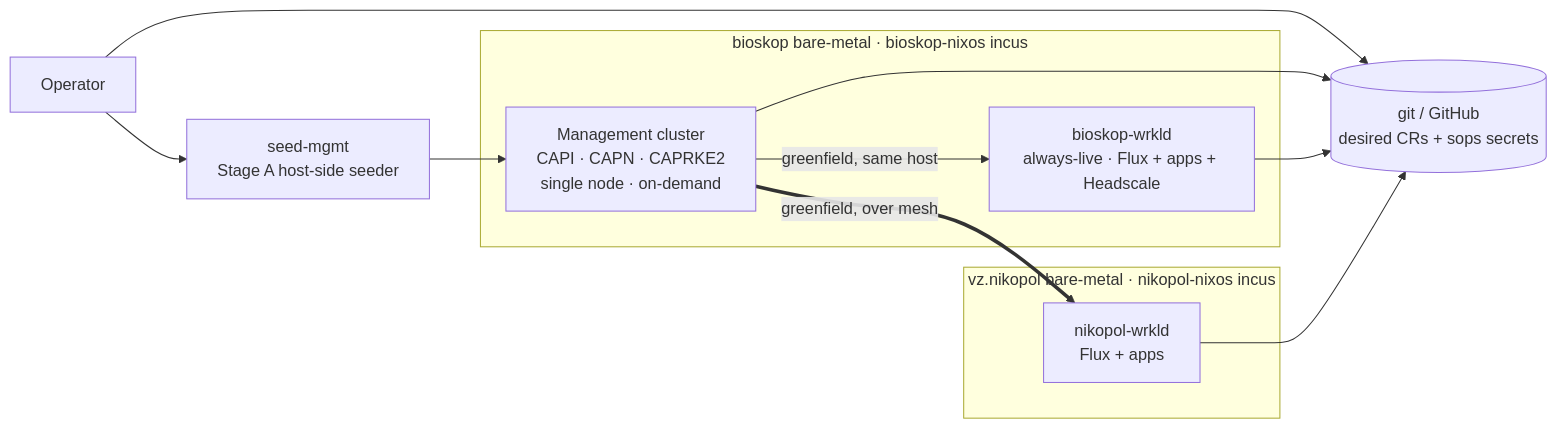
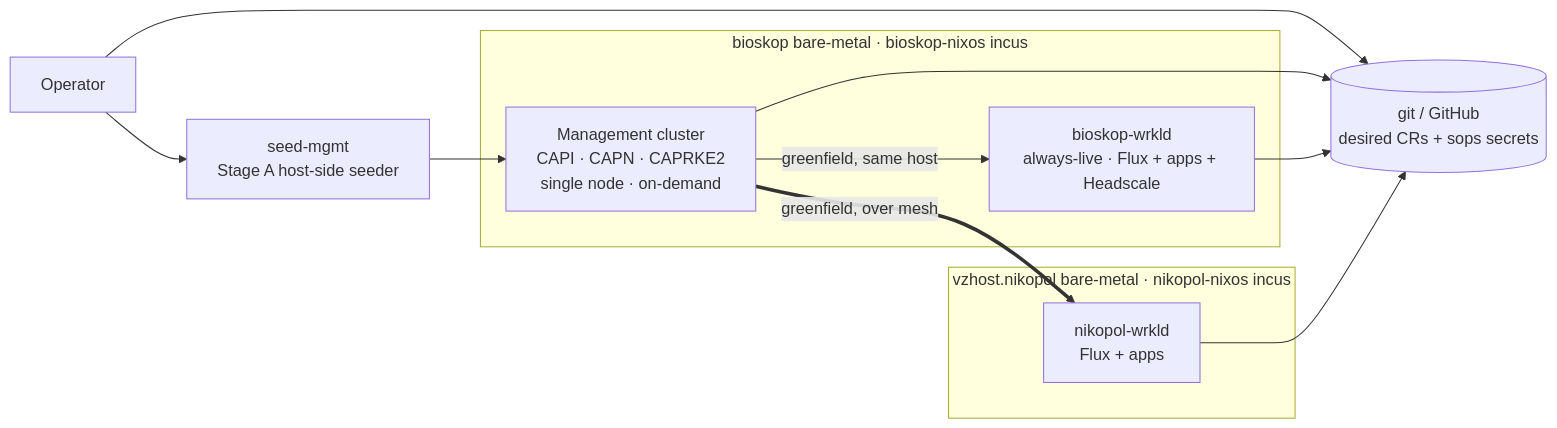
The first of 3 diagrams in docs/architecture/cluster-api/post-bootstrap-in-cluster-ownership-plan.adoc (nxmatic/rke2lab), drawn with Mermaid before and after one commit. The commit also changed 9 other files, not shown here.

```diff
--- a/docs/architecture/cluster-api/post-bootstrap-in-cluster-ownership-plan.adoc
+++ b/docs/architecture/cluster-api/post-bootstrap-in-cluster-ownership-plan.adoc
@@ -139,24 +139,24 @@
 [mermaid,post-bootstrap-ownership-context,svg]
 ----
 flowchart LR
     operator[Operator]
     git[(git / GitHub<br/>desired CRs + sops secrets)]
     seedmgmt[seed-mgmt<br/>Stage A host-side seeder]
 
     subgraph BM1[bioskop bare-metal · bioskop-nixos incus]
         mgmt[Management cluster<br/>CAPI · CAPN · CAPRKE2<br/>single node · on-demand]
         bwrkld[bioskop-wrkld<br/>always-live · Flux + apps + Headscale]
     end
-    subgraph BM2[vz.nikopol bare-metal · nikopol-nixos incus]
+    subgraph BM2[vzhost.nikopol bare-metal · nikopol-nixos incus]
         nwrkld[nikopol-wrkld<br/>Flux + apps]
     end
 
     operator --> git
     operator --> seedmgmt
     seedmgmt --> mgmt
     mgmt --> git
     mgmt -->|greenfield, same host| bwrkld
     mgmt ==>|greenfield, over mesh| nwrkld
     bwrkld --> git
     nwrkld --> git
 ----
```
